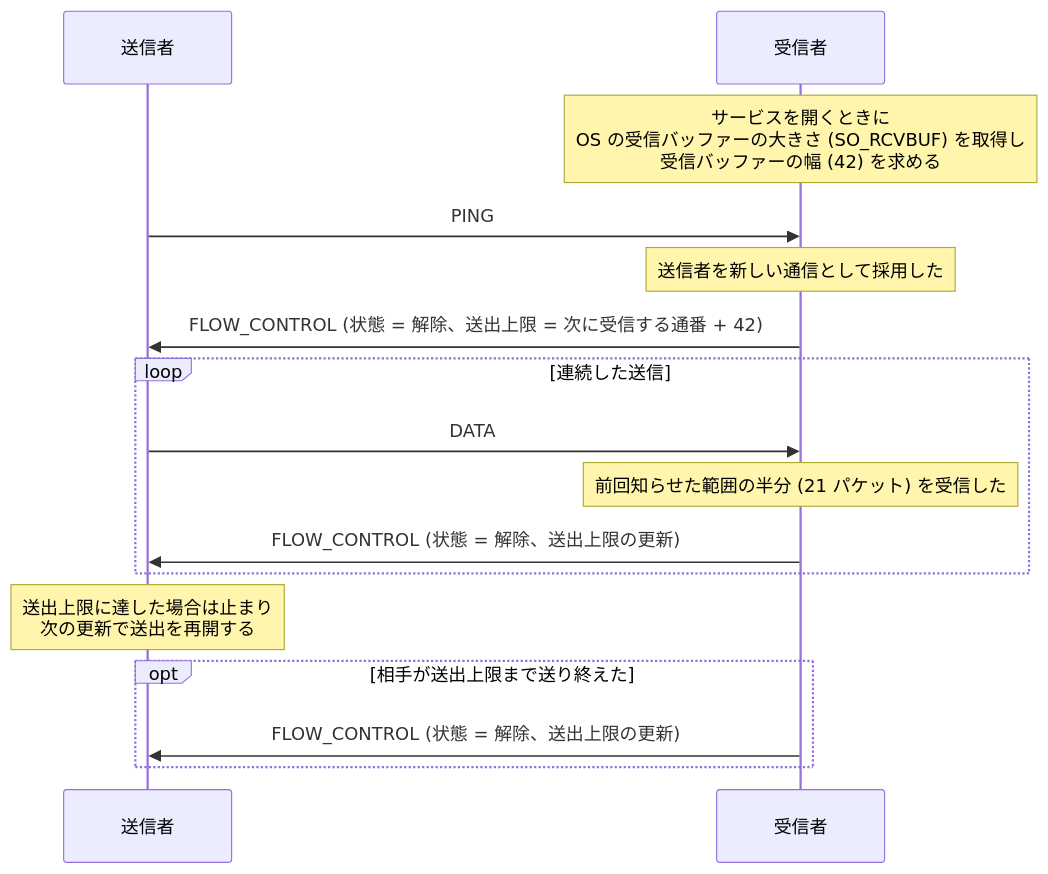
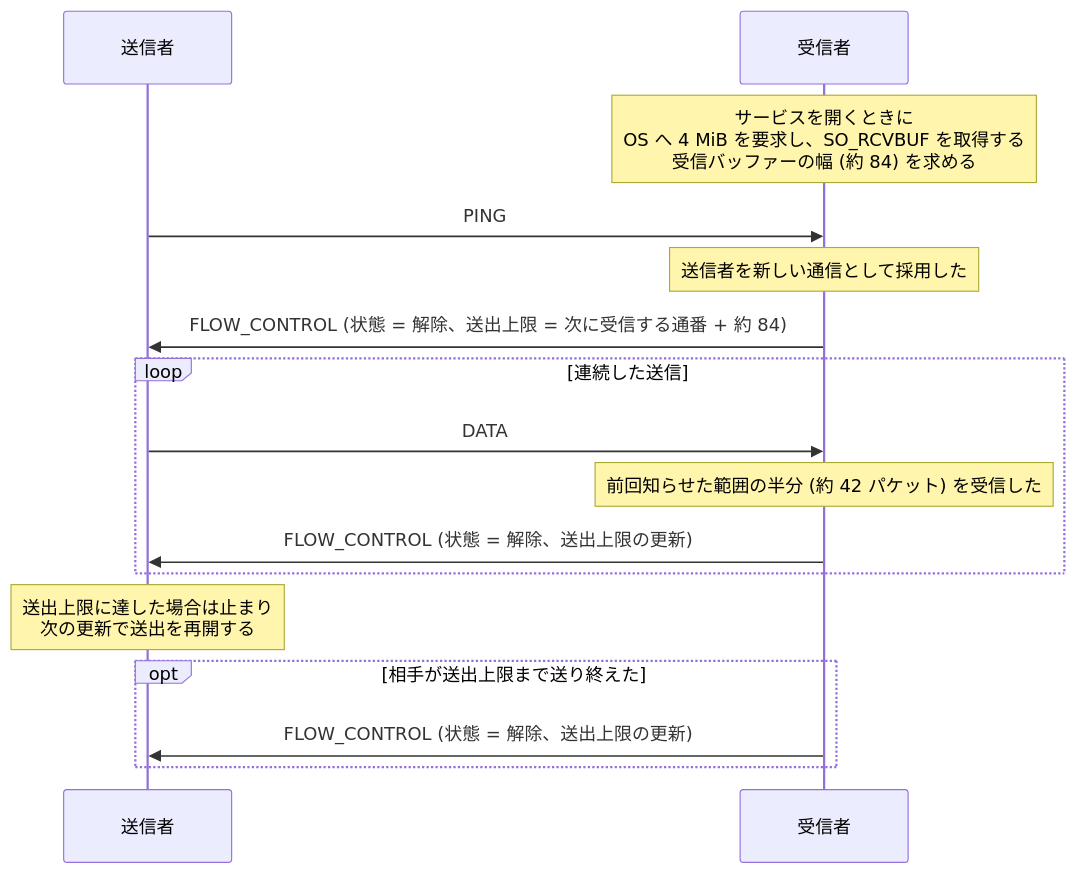
Before and after one commit to Hondarer/app_porter: diagram 12 of 15 in docs/sequence-data.md, drawn with Mermaid. The commit also changed other lines of this file and 1 other file, not shown here.

First line of the commit message:
docs: sequence-data.md と architecture.md のフロー制御の説明を、現在の仕様に合わせる

````diff
--- a/docs/sequence-data.md
+++ b/docs/sequence-data.md
@@ -474,19 +498,19 @@
 ```mermaid
 sequenceDiagram
     participant S as 送信者
     participant R as 受信者
 
-    Note over R: サービスを開くときに<br>OS の受信バッファーの大きさ (SO_RCVBUF) を取得し<br>受信バッファーの幅 (42) を求める
+    Note over R: サービスを開くときに<br>OS へ 4 MiB を要求し、SO_RCVBUF を取得する<br>受信バッファーの幅 (約 84) を求める
     S->>R: PING
     Note over R: 送信者を新しい通信として採用した
-    R->>S: FLOW_CONTROL (状態 = 解除、送出上限 = 次に受信する通番 + 42)
+    R->>S: FLOW_CONTROL (状態 = 解除、送出上限 = 次に受信する通番 + 約 84)
     loop 連続した送信
         S->>R: DATA
-        Note over R: 前回知らせた範囲の半分 (21 パケット) を受信した
+        Note over R: 前回知らせた範囲の半分 (約 42 パケット) を受信した
         R->>S: FLOW_CONTROL (状態 = 解除、送出上限の更新)
     end
     Note over S: 送出上限に達した場合は止まり<br>次の更新で送出を再開する
     opt 相手が送出上限まで送り終えた
         R->>S: FLOW_CONTROL (状態 = 解除、送出上限の更新)
     end
 ```
````
